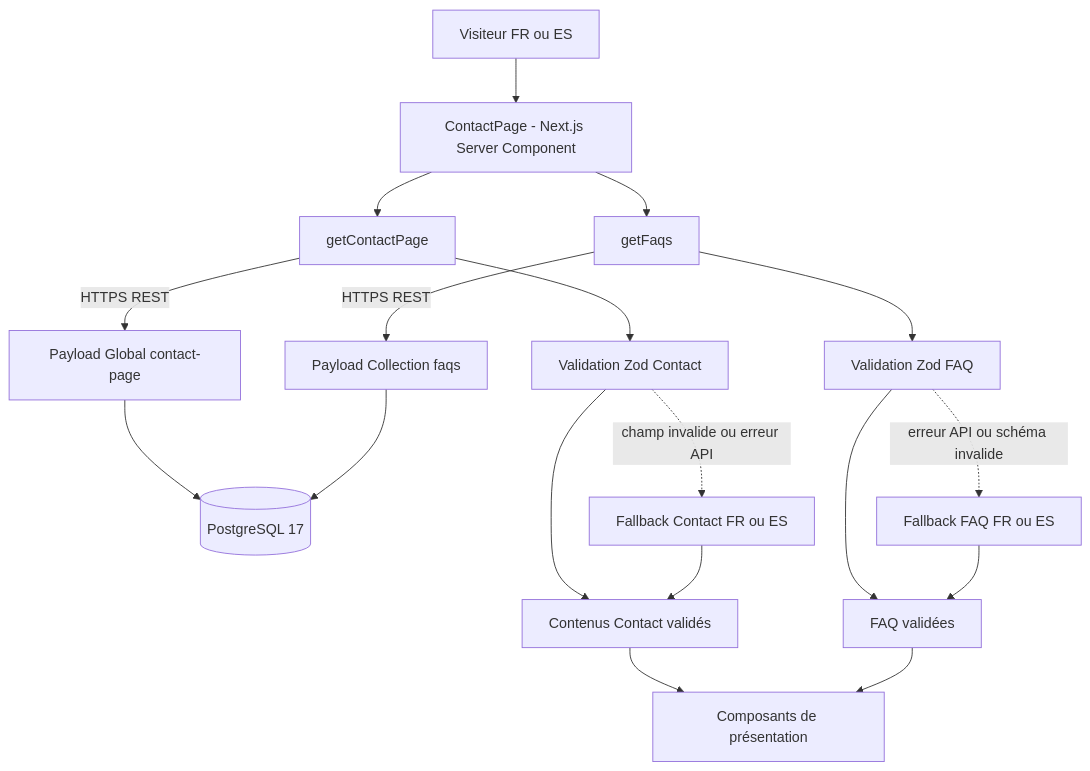
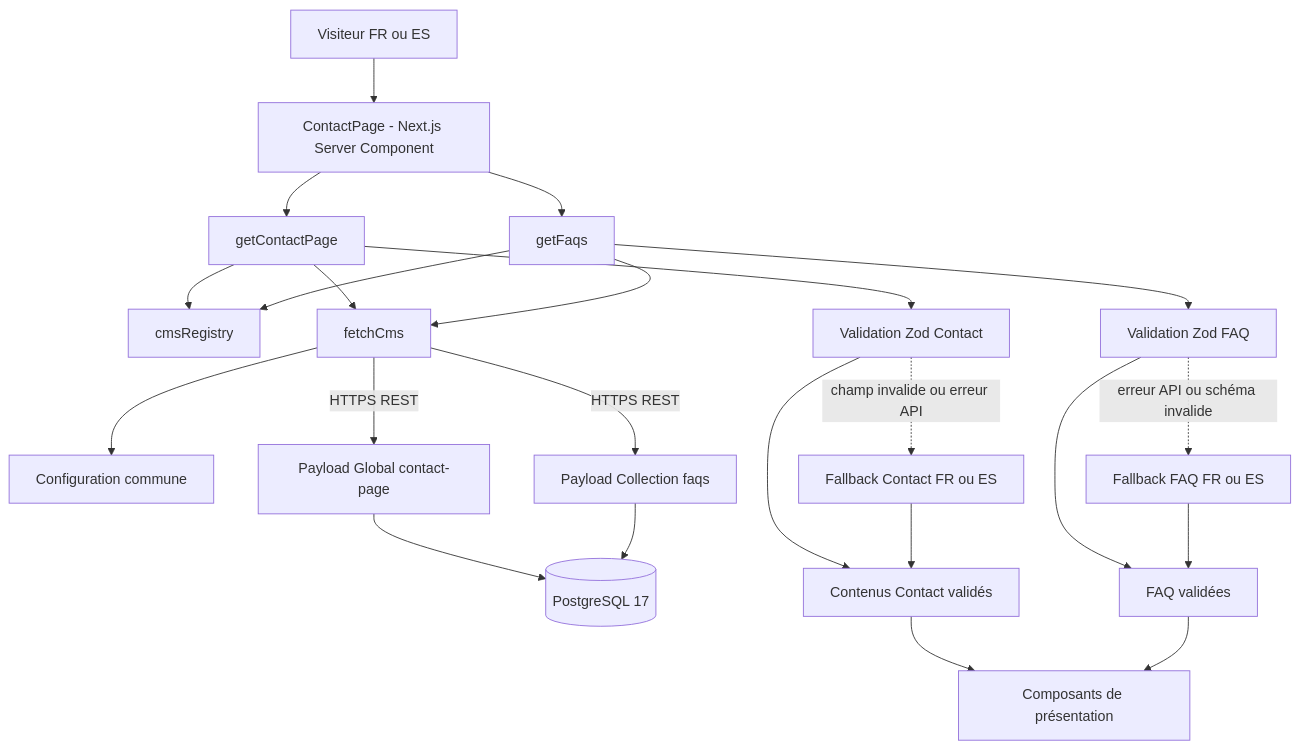
The diagram in docs/CONTACT_PAGE.md (StudioFabrique/tiaki-website), drawn with Mermaid before and after one commit. The commit also changed other lines of this file and 9 other files, not shown here.

````diff
--- a/docs/CONTACT_PAGE.md
+++ b/docs/CONTACT_PAGE.md
@@ -32,20 +33,25 @@
 ```mermaid
 flowchart TD
     U[Visiteur FR ou ES] --> P[ContactPage - Next.js Server Component]
     P --> G[getContactPage]
     P --> Q[getFaqs]
-    G -->|HTTPS REST| CG[Payload Global contact-page]
-    Q -->|HTTPS REST| CQ[Payload Collection faqs]
+    G --> REG[cmsRegistry]
+    Q --> REG
+    G --> HTTP[fetchCms]
+    Q --> HTTP
+    HTTP --> CFG[Configuration commune]
+    HTTP -->|HTTPS REST| CG[Payload Global contact-page]
+    HTTP -->|HTTPS REST| CQ[Payload Collection faqs]
     CG --> DB[(PostgreSQL 17)]
     CQ --> DB
     G --> V[Validation Zod Contact]
     Q --> W[Validation Zod FAQ]
     V -. champ invalide ou erreur API .-> F[Fallback Contact FR ou ES]
     W -. erreur API ou schéma invalide .-> H[Fallback FAQ FR ou ES]
     V --> R[Contenus Contact validés]
     F --> R
     W --> S[FAQ validées]
     H --> S
     R --> C[Composants de présentation]
     S --> C
 ```
````
